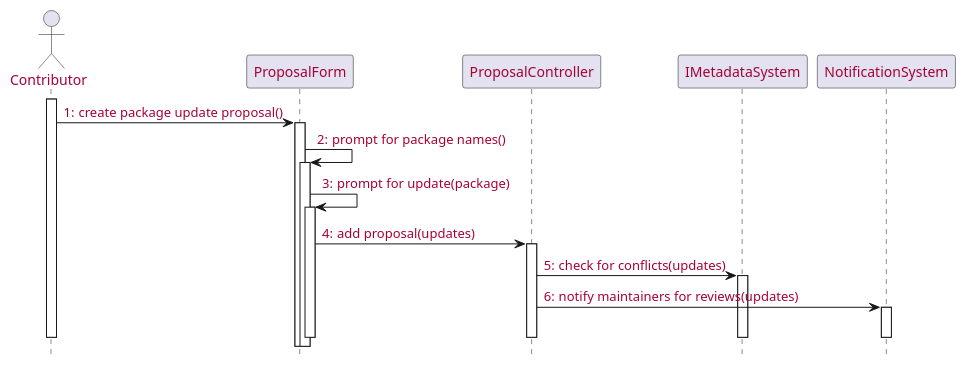
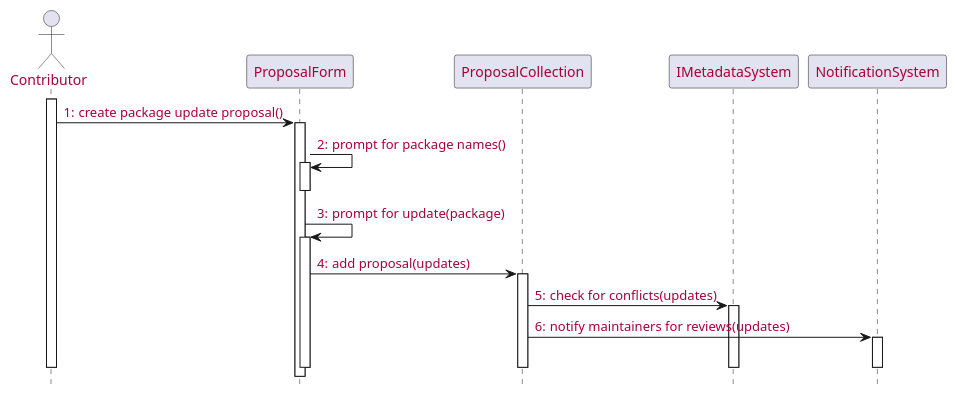
One commit to McSinyx/ipppi changed the seventh of 14 diagrams in source/solution/use-case-design.rst. Above: the diagram before and after it, drawn with PlantUML. The commit also changed other lines of this file and 4 other files, not shown here.

```diff
--- a/source/solution/use-case-design.rst
+++ b/source/solution/use-case-design.rst
@@ -247,21 +250,22 @@
 .. uml::
 
    skinparam defaultFontColor #a80036
    autonumber "#:"
    autoactivate on
    hide footbox
 
    actor Contributor
 
    activate Contributor
    Contributor -> ProposalForm : create package update proposal()
    ProposalForm -> ProposalForm : prompt for package names()
+   deactivate ProposalForm
    ProposalForm -> ProposalForm : prompt for update(package)
-   ProposalForm -> ProposalController : add proposal(updates)
-   ProposalController -> IMetadataSystem : check for conflicts(updates)
-   ProposalController -> NotificationSystem : notify maintainers for reviews(updates)
+   ProposalForm -> ProposalCollection : add proposal(updates)
+   ProposalCollection -> IMetadataSystem : check for conflicts(updates)
+   ProposalCollection -> NotificationSystem : notify maintainers for reviews(updates)
    deactivate NotificationSystem
    deactivate IMetadataSystem
-   deactivate ProposalController
+   deactivate ProposalCollection
    deactivate ProposalForm
    deactivate Contributor
```
